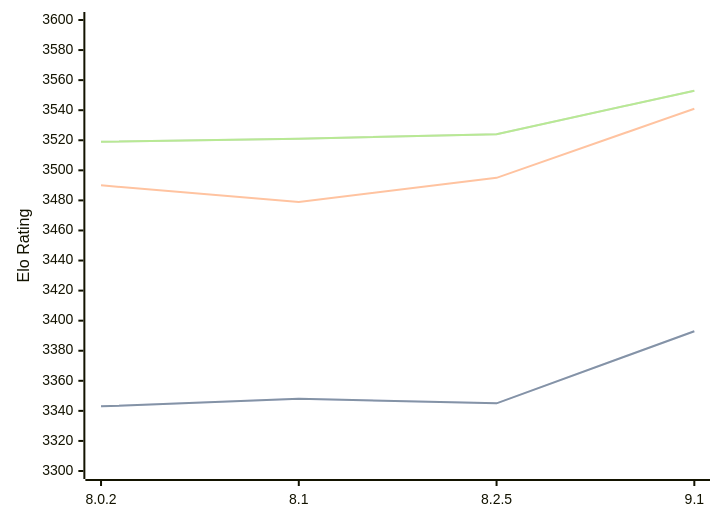
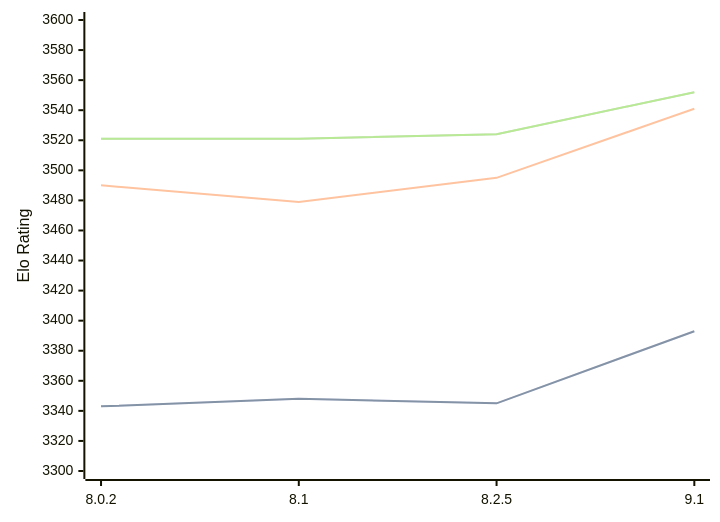
One commit to computer-chess-index/cci changed the diagram in engines/Clover.md. Above: the diagram before and after it, drawn with Mermaid. The commit also changed other lines of this file, not shown here.

Commit message:
Update CCI Ratings (ELO VLTC) - 2026-09-15

````diff
--- a/engines/Clover.md
+++ b/engines/Clover.md
@@ -35,11 +35,11 @@
 ```mermaid
 %%{init: {"theme":"base","themeVariables":{"seriesColors:['#a3a3a3','#222221','#faa371']}}}%%
 xychart-beta
   x-axis ["8.0.2", "8.1", "8.2.5", "9.1"]
   y-axis "Elo Rating" 3300 --> 3600
   line "" [3343, 3348, 3345, 3393]
   line "STC (8.0+0.08s)" [3343, 3348, 3345, 3393]
   line "LTC (60.0+0.60s)" [3490, 3479, 3495, 3541]
-  line "" [3519, 3521, 3524, 3553]
-  line "VLTC (2m24s+1.12s)" [3519, 3521, 3524, 3553]
+  line "" [3521, 3521, 3524, 3552]
+  line "VLTC (2m24s+1.12s)" [3521, 3521, 3524, 3552]
 ```
````
